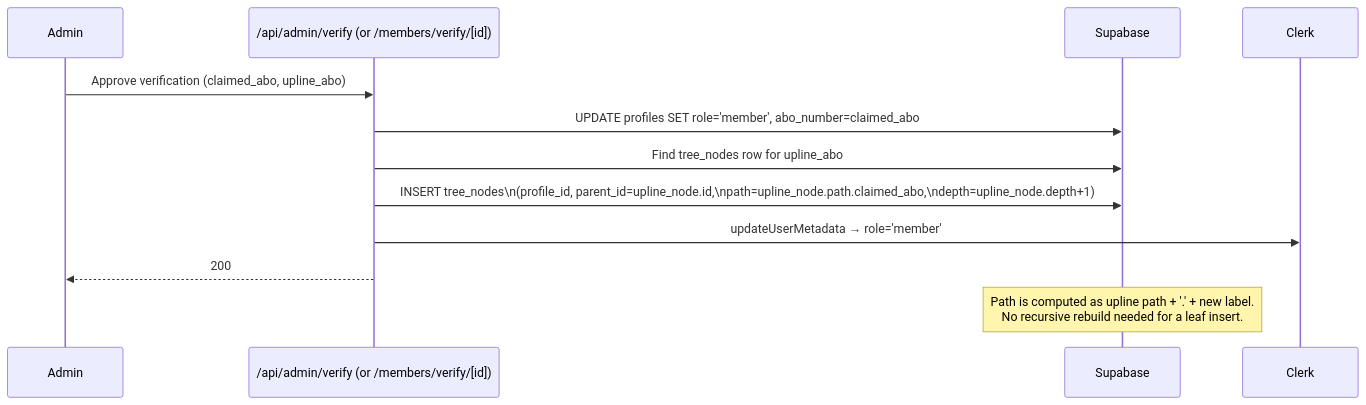
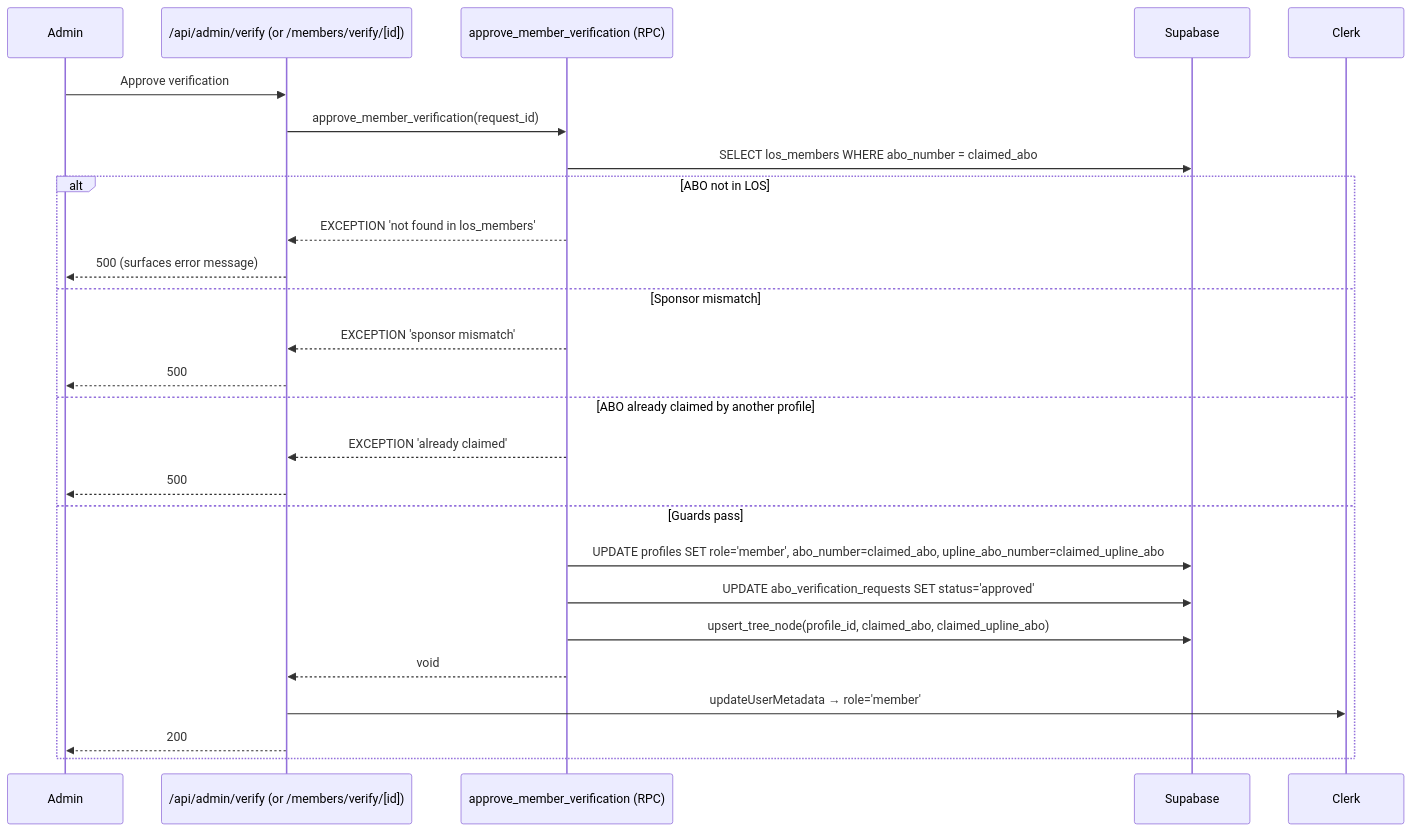
The tenth of 17 diagrams in docs/architecture/FLOWS.md (teamenjoyvd/tevd-portal), drawn with Mermaid before and after one commit. The commit also changed other lines of this file and 2 other files, not shown here.

Commit message:
[2605-BUG-282] Update FLOWS.md §4, REF.md §6, LOOKUP.md §3 for LOS-authoritative verification

````diff
--- a/docs/architecture/FLOWS.md
+++ b/docs/architecture/FLOWS.md
@@ -216,15 +243,28 @@
 ```mermaid
 sequenceDiagram
     participant A as Admin
     participant R as /api/admin/verify (or /members/verify/[id])
+    participant RPC as approve_member_verification (RPC)
     participant S as Supabase
 
-    A->>R: Approve verification (claimed_abo, upline_abo)
-    R->>S: UPDATE profiles SET role='member', abo_number=claimed_abo
-    R->>S: Find tree_nodes row for upline_abo
-    R->>S: INSERT tree_nodes\n(profile_id, parent_id=upline_node.id,\npath=upline_node.path.claimed_abo,\ndepth=upline_node.depth+1)
-    R->>Clerk: updateUserMetadata → role='member'
-    R-->>A: 200
-
-    Note over S: Path is computed as upline path + '.' + new label.<br/>No recursive rebuild needed for a leaf insert.
+    A->>R: Approve verification
+    R->>RPC: approve_member_verification(request_id)
+    RPC->>S: SELECT los_members WHERE abo_number = claimed_abo
+    alt ABO not in LOS
+        RPC-->>R: EXCEPTION 'not found in los_members'
+        R-->>A: 500 (surfaces error message)
+    else Sponsor mismatch
+        RPC-->>R: EXCEPTION 'sponsor mismatch'
+        R-->>A: 500
+    else ABO already claimed by another profile
+        RPC-->>R: EXCEPTION 'already claimed'
+        R-->>A: 500
+    else Guards pass
+        RPC->>S: UPDATE profiles SET role='member', abo_number=claimed_abo, upline_abo_number=claimed_upline_abo
+        RPC->>S: UPDATE abo_verification_requests SET status='approved'
+        RPC->>S: upsert_tree_node(profile_id, claimed_abo, claimed_upline_abo)
+        RPC-->>R: void
+        R->>Clerk: updateUserMetadata → role='member'
+        R-->>A: 200
+    end
 ```
````
